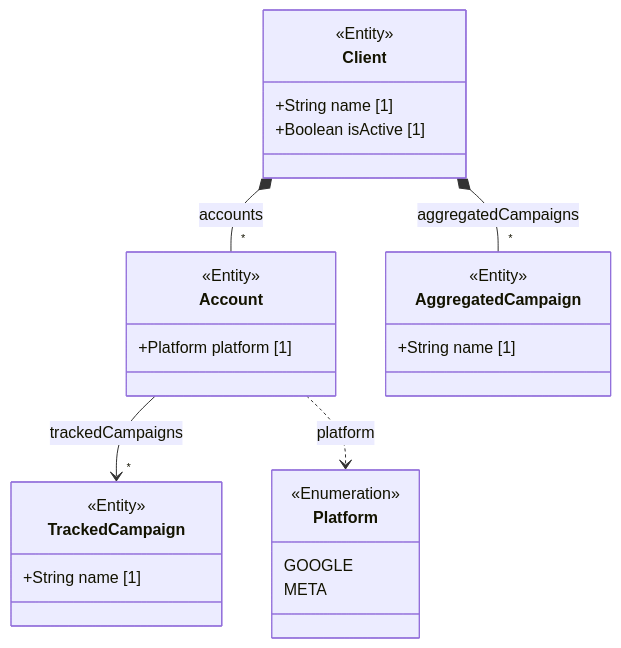
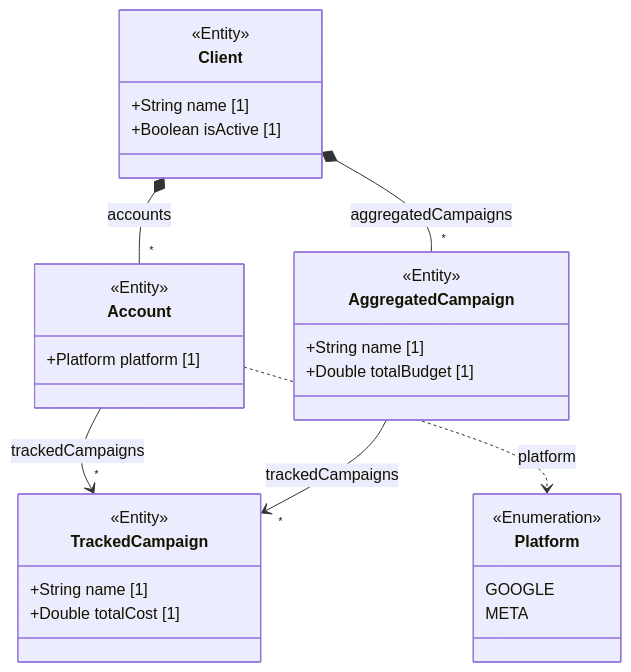
The diagram in catalog/model-blueprints/client-account-multi-platform/model.md (BlackBeltTechnology/judo-blueprint), drawn with Mermaid before and after one commit. The commit also changed other lines of this file and 15 other files, not shown here.

````diff
--- a/catalog/model-blueprints/client-account-multi-platform/model.md
+++ b/catalog/model-blueprints/client-account-multi-platform/model.md
@@ -17,29 +17,32 @@
 ```mermaid
 classDiagram
   class Account {
     <<Entity>>
     +Platform platform [1]
   }
   class AggregatedCampaign {
     <<Entity>>
     +String name [1]
+    +Double totalBudget [1]
   }
   class Client {
     <<Entity>>
     +String name [1]
     +Boolean isActive [1]
   }
   class Platform {
     <<Enumeration>>
     GOOGLE
     META
   }
   class TrackedCampaign {
     <<Entity>>
     +String name [1]
+    +Double totalCost [1]
   }
   Account --> "*" TrackedCampaign : trackedCampaigns
   Account ..> Platform : platform
+  AggregatedCampaign --> "*" TrackedCampaign : trackedCampaigns
   Client *-- "*" Account : accounts
   Client *-- "*" AggregatedCampaign : aggregatedCampaigns
 ```
````
